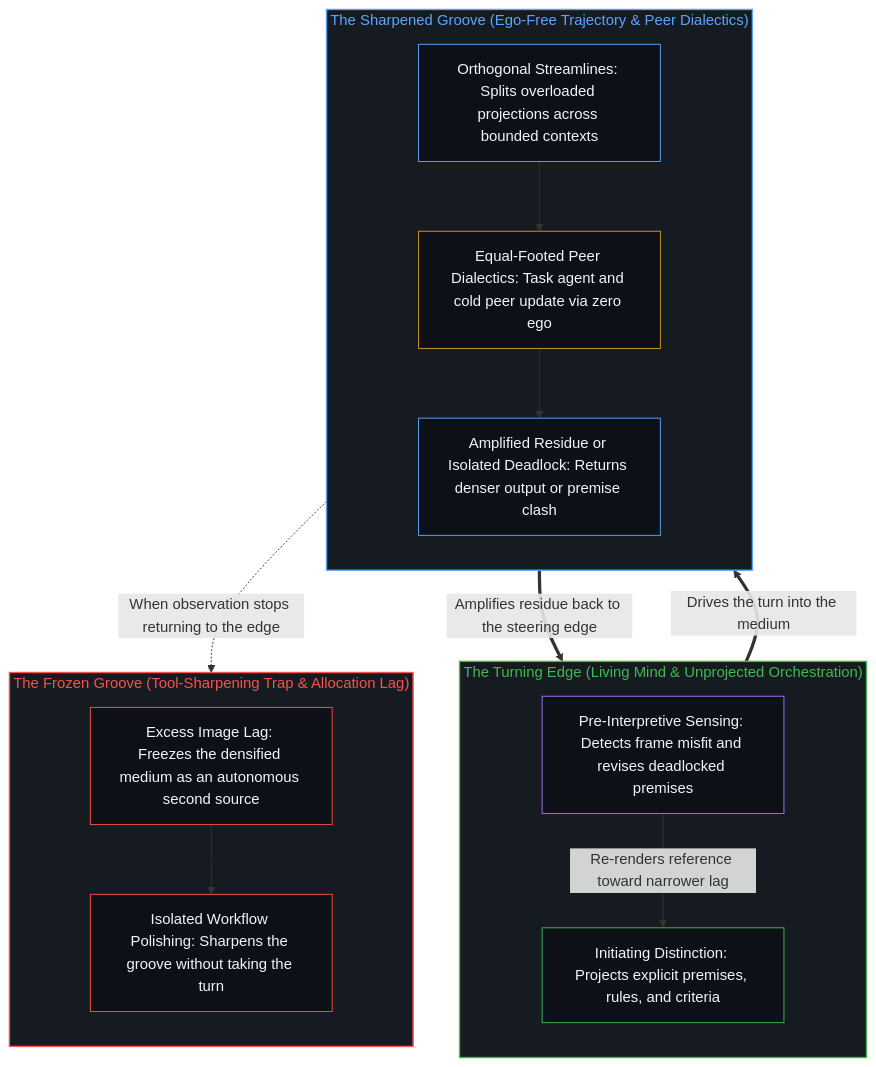
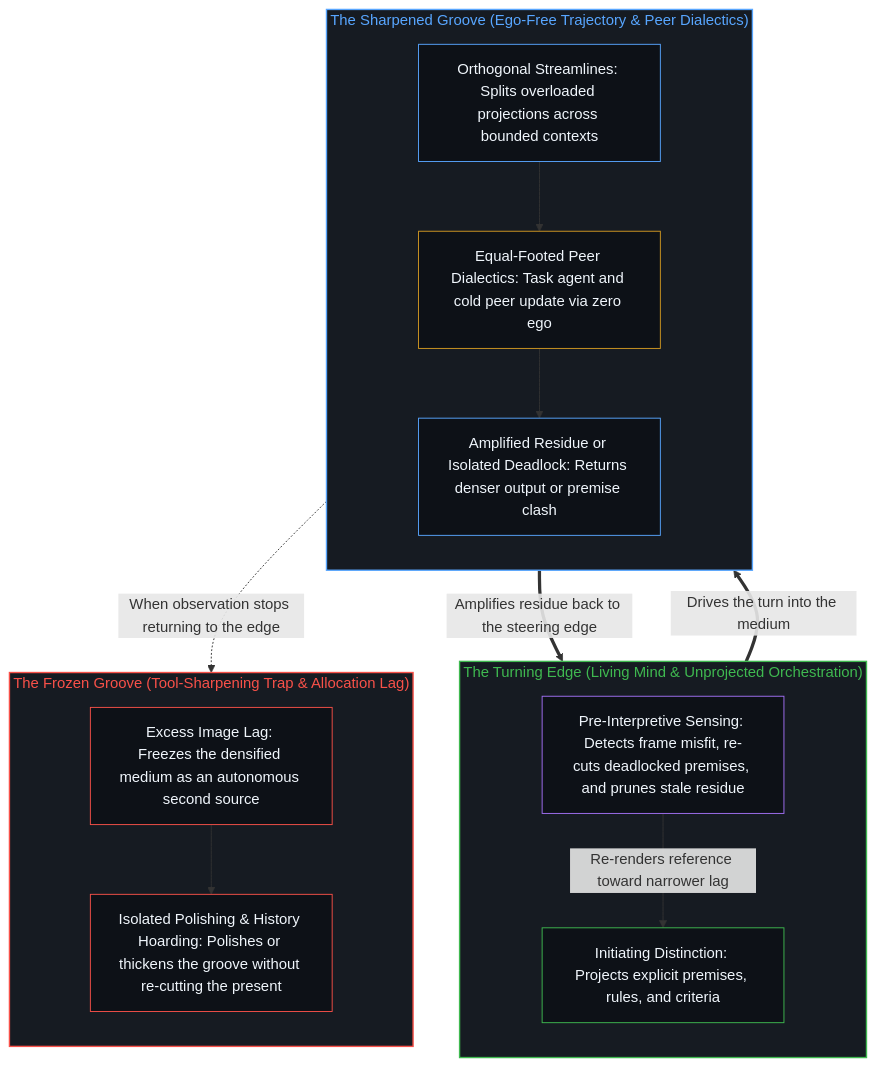
The second of 2 diagrams in content/posts/the-flywheel-of-the-mind.md (powerpig99/not-a-toe), drawn with Mermaid before and after one commit. The commit also changed other lines of this file and 12 other files, not shown here.

````diff
--- a/content/posts/the-flywheel-of-the-mind.md
+++ b/content/posts/the-flywheel-of-the-mind.md
@@ -87,39 +87,39 @@
 ```mermaid
 flowchart TD
     subgraph S_Edge["The Turning Edge (Living Mind & Unprojected Orchestration)"]
         direction TB
         E_Init["Initiating Distinction: Projects explicit premises, rules, and criteria"]
-        E_Sense["Pre-Interpretive Sensing: Detects frame misfit and revises deadlocked premises"]
+        E_Sense["Pre-Interpretive Sensing: Detects frame misfit, re-cuts deadlocked premises, and prunes stale residue"]
         E_Sense -->|"Re-renders reference toward narrower lag"| E_Init
     end
 
     subgraph S_Groove["The Sharpened Groove (Ego-Free Trajectory & Peer Dialectics)"]
         direction TB
         G_Route["Orthogonal Streamlines: Splits overloaded projections across bounded contexts"]
         G_Debate["Equal-Footed Peer Dialectics: Task agent and cold peer update via zero ego"]
         G_Signal["Amplified Residue or Isolated Deadlock: Returns denser output or premise clash"]
         G_Route --> G_Debate --> G_Signal
     end
 
     subgraph S_Trap["The Frozen Groove (Tool-Sharpening Trap & Allocation Lag)"]
         direction TB
         T_Lag["Excess Image Lag: Freezes the densified medium as an autonomous second source"]
-        T_Stall["Isolated Workflow Polishing: Sharpens the groove without taking the turn"]
+        T_Stall["Isolated Polishing & History Hoarding: Polishes or thickens the groove without re-cutting the present"]
         T_Lag --> T_Stall
     end
 
     E_Init ==>|"Drives the turn into the medium"| G_Route
     G_Signal ==>|"Amplifies residue back to the steering edge"| E_Sense
     G_Signal -.->|"When observation stops returning to the edge"| T_Lag
 
     style S_Edge fill:#161b22,stroke:#3fb950,stroke-width:1.5px,color:#3fb950
     style S_Groove fill:#161b22,stroke:#58a6ff,stroke-width:1.5px,color:#58a6ff
     style S_Trap fill:#161b22,stroke:#f85149,stroke-width:1.5px,color:#f85149
     style E_Init fill:#0d1117,stroke:#3fb950,stroke-width:1px,color:#f0f6fc
     style E_Sense fill:#0d1117,stroke:#a371f7,stroke-width:1px,color:#f0f6fc
     style G_Route fill:#0d1117,stroke:#58a6ff,stroke-width:1px,color:#f0f6fc
     style G_Debate fill:#0d1117,stroke:#d29922,stroke-width:1px,color:#f0f6fc
     style G_Signal fill:#0d1117,stroke:#58a6ff,stroke-width:1px,color:#f0f6fc
     style T_Lag fill:#0d1117,stroke:#f85149,stroke-width:1px,color:#f0f6fc
     style T_Stall fill:#0d1117,stroke:#f85149,stroke-width:1px,color:#f0f6fc
 ```
````
